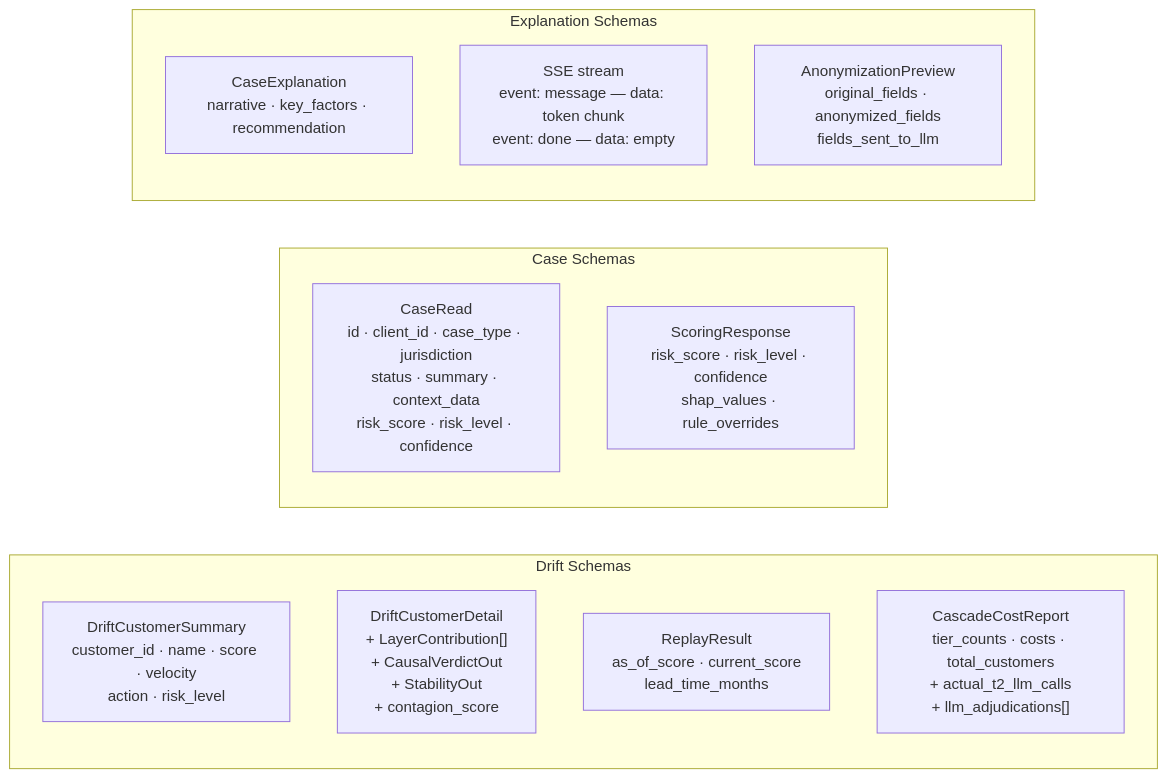
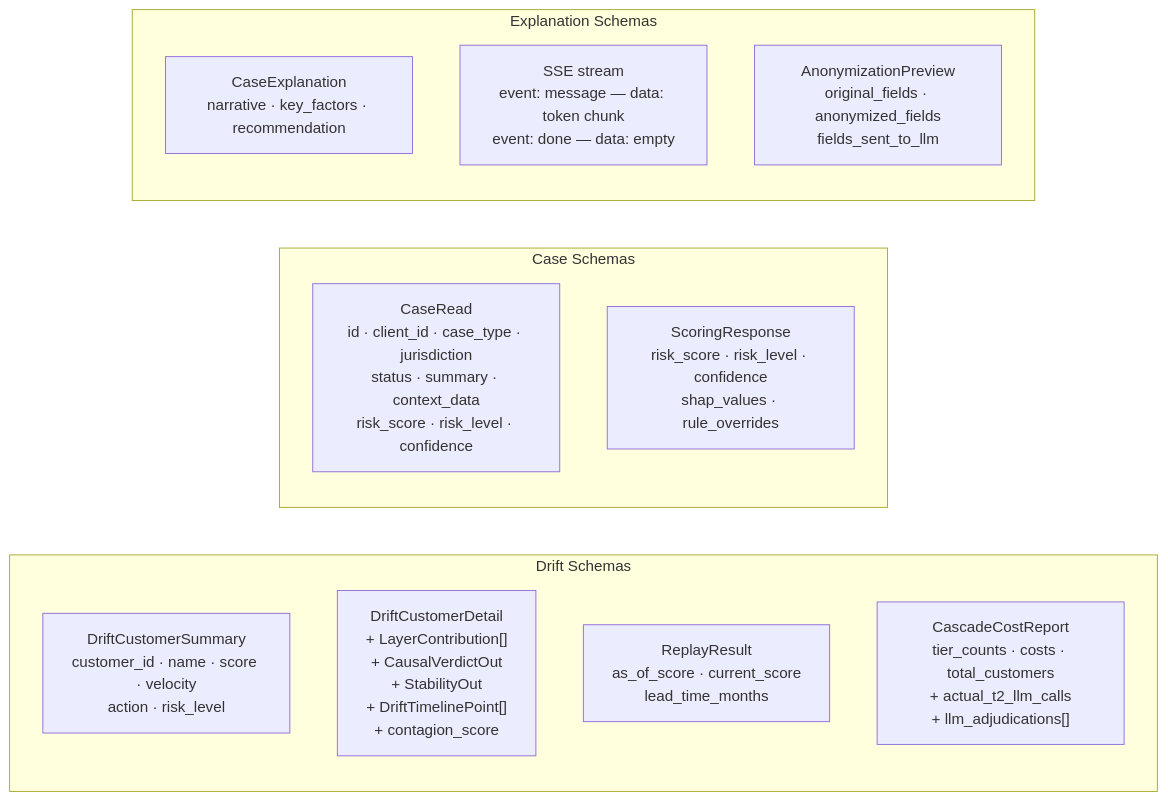
The second of 3 diagrams in docs/api.md (SteveDok22/Swisshacks-2026), drawn with Mermaid before and after one commit. The commit also changed other lines of this file and 9 other files, not shown here.

````diff
--- a/docs/api.md
+++ b/docs/api.md
@@ -59,20 +58,20 @@
 ```mermaid
 flowchart LR
     subgraph DriftSchemas["Drift Schemas"]
         DS1["DriftCustomerSummary\ncustomer_id · name · score · velocity\naction · risk_level"]
-        DS2["DriftCustomerDetail\n+ LayerContribution[]\n+ CausalVerdictOut\n+ StabilityOut\n+ contagion_score"]
+        DS2["DriftCustomerDetail\n+ LayerContribution[]\n+ CausalVerdictOut\n+ StabilityOut\n+ DriftTimelinePoint[]\n+ contagion_score"]
         DS3["ReplayResult\nas_of_score · current_score\nlead_time_months"]
         DS4["CascadeCostReport\ntier_counts · costs · total_customers\n+ actual_t2_llm_calls\n+ llm_adjudications[]"]
     end
 
     subgraph CaseSchemas["Case Schemas"]
         CS1["CaseRead\nid · client_id · case_type · jurisdiction\nstatus · summary · context_data\nrisk_score · risk_level · confidence"]
         CS2["ScoringResponse\nrisk_score · risk_level · confidence\nshap_values · rule_overrides"]
     end
 
     subgraph ExplainSchemas["Explanation Schemas"]
         ES1["CaseExplanation\nnarrative · key_factors · recommendation"]
         ES2["SSE stream\nevent: message — data: token chunk\nevent: done — data: empty"]
         ES3["AnonymizationPreview\noriginal_fields · anonymized_fields\nfields_sent_to_llm"]
     end
 ```
````
